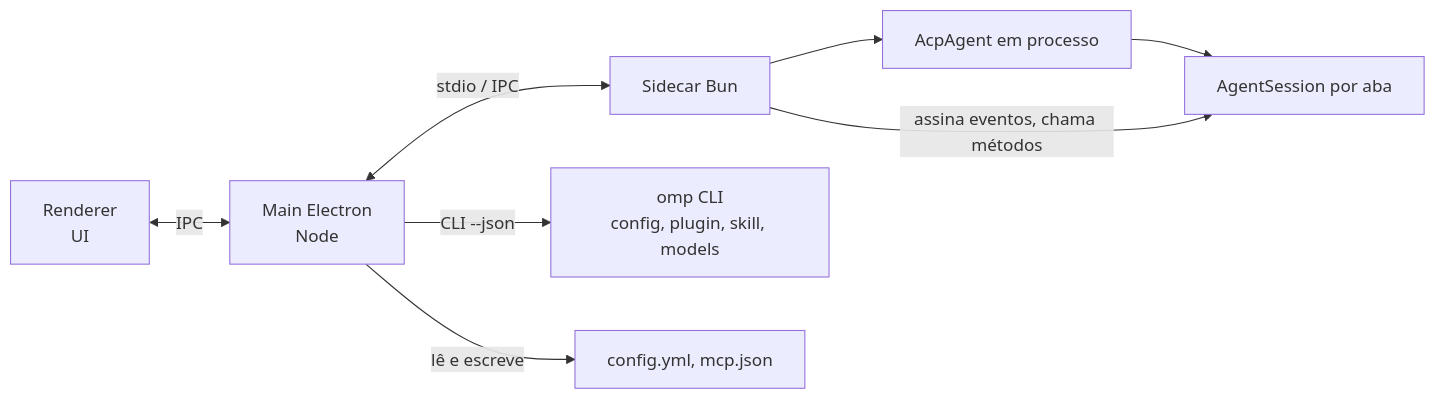
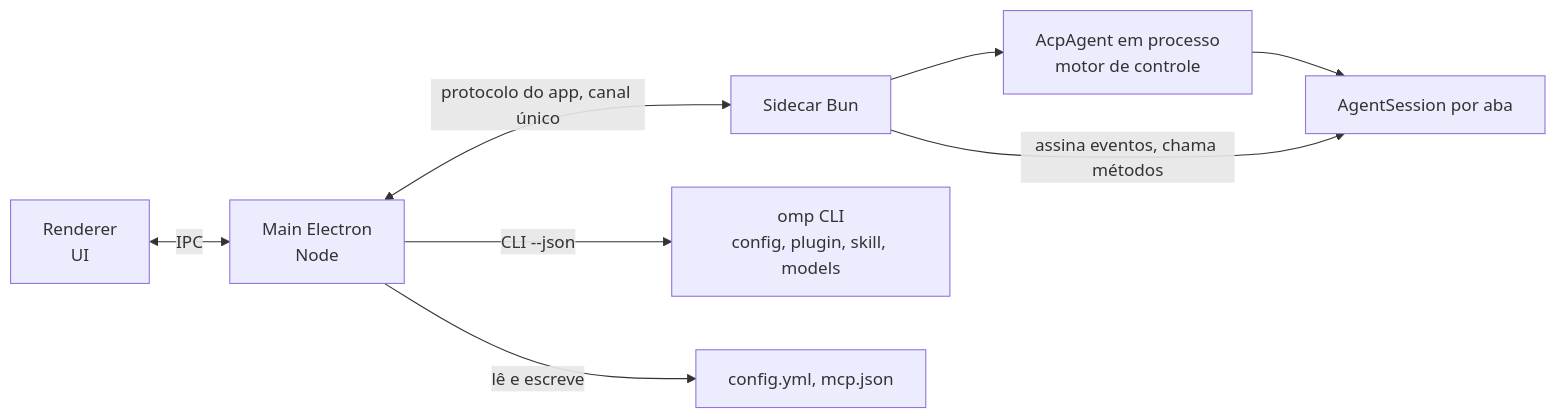
One commit to levygit837-cyber/omp-app changed the diagram in docs/architecture.md. Above: the diagram before and after it, drawn with Mermaid. The commit also changed other lines of this file and 6 other files, not shown here.

First line of the commit message:
docs: record architecture and stack decisions (ADR 0003) (#20)

````diff
--- a/docs/architecture.md
+++ b/docs/architecture.md
@@ -7,10 +7,10 @@
 ```mermaid
 flowchart LR
   R[Renderer<br/>UI] <-->|IPC| M[Main Electron<br/>Node]
-  M <-->|stdio / IPC| S[Sidecar Bun]
-  S --> A[AcpAgent em processo]
+  M <-->|protocolo do app, canal único| S[Sidecar Bun]
+  S --> A[AcpAgent em processo<br/>motor de controle]
   A --> AS[AgentSession por aba]
   S -->|assina eventos, chama métodos| AS
   M -->|CLI --json| O[omp CLI<br/>config, plugin, skill, models]
   M -->|lê e escreve| F[config.yml, mcp.json]
 ```
````
